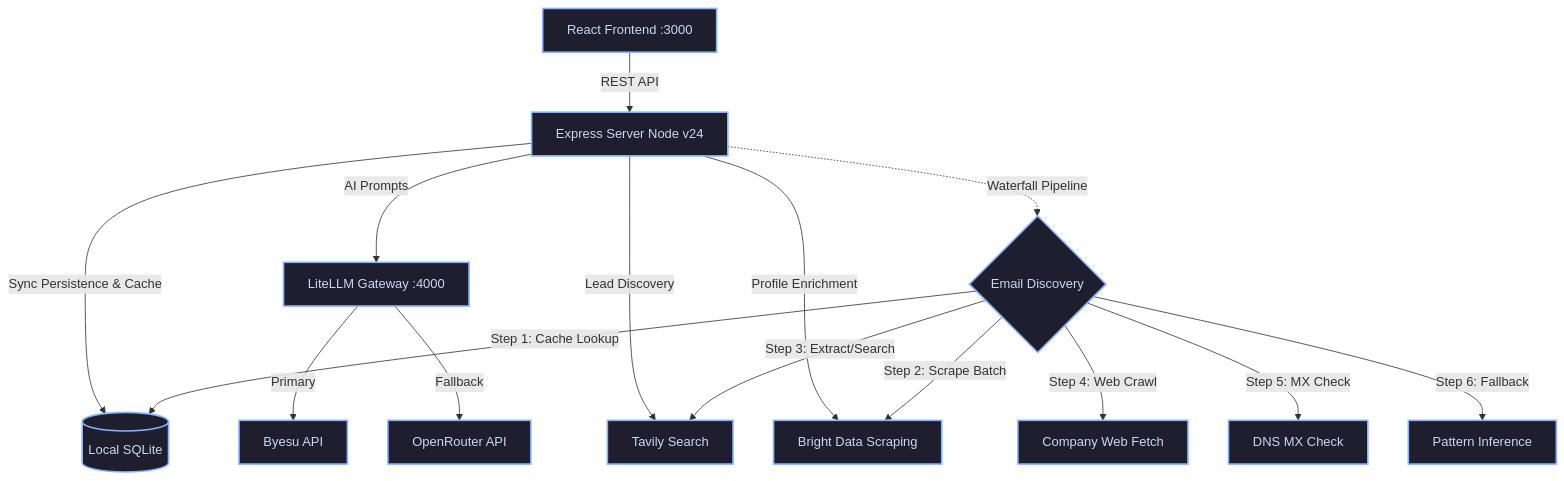
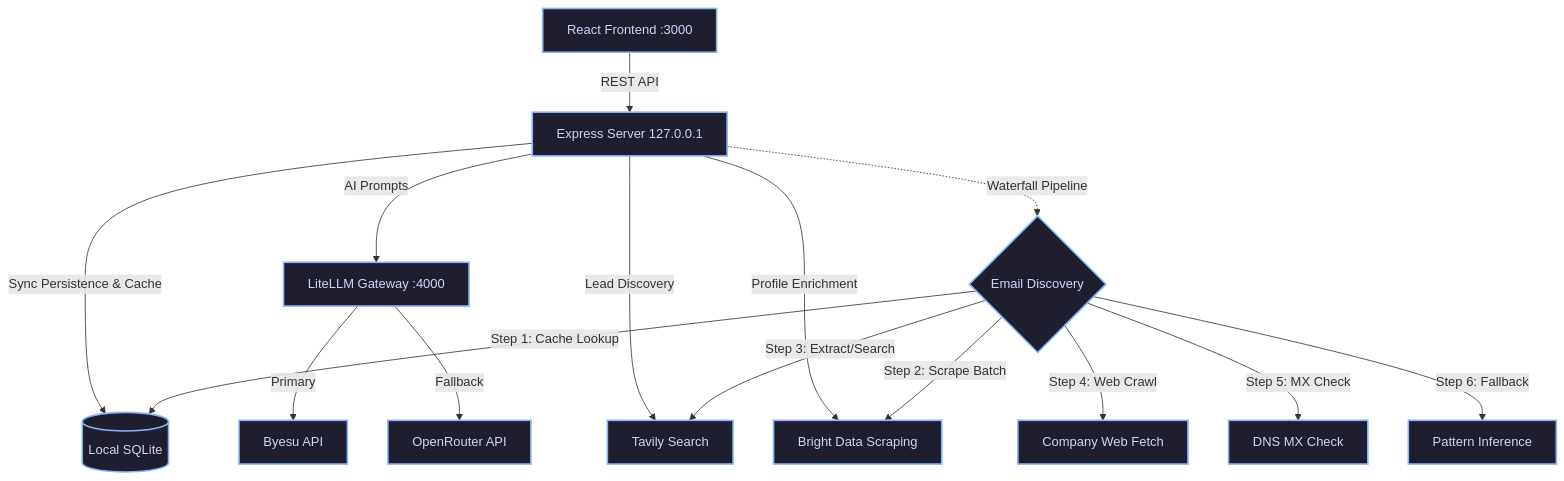
One commit to AliasHolmes/Apex-CRM changed the diagram in README.md. Above: the diagram before and after it, drawn with Mermaid. The commit also changed other lines of this file and 27 other files, not shown here.

````diff
--- a/README.md
+++ b/README.md
@@ -27,26 +27,26 @@
 ```mermaid
 graph TD
-    Client[React Frontend :3000] -->|REST API| Server[Express Server Node v24]
+    Client[React Frontend :3000] -->|REST API| Server[Express Server 127.0.0.1]
     Server -->|Sync Persistence & Cache| DB[(Local SQLite)]
     
     %% LLM Pathway
     Server -->|AI Prompts| LLM[LiteLLM Gateway :4000]
     LLM -->|Primary| Byesu[Byesu API]
     LLM -->|Fallback| OpenRouter[OpenRouter API]
 
     %% Search & Enrichment
     Server -->|Lead Discovery| Tavily[Tavily Search]
     Server -->|Profile Enrichment| BrightData[Bright Data Scraping]
 
     %% Email Discovery Pipeline
     Server -.->|Waterfall Pipeline| EmailDiscovery{Email Discovery}
     EmailDiscovery -->|Step 1: Cache Lookup| DB
     EmailDiscovery -->|Step 2: Scrape Batch| BrightData
     EmailDiscovery -->|Step 3: Extract/Search| Tavily
     EmailDiscovery -->|Step 4: Web Crawl| Crawl[Company Web Fetch]
     EmailDiscovery -->|Step 5: MX Check| DNS[DNS MX Check]
     EmailDiscovery -->|Step 6: Fallback| Pattern[Pattern Inference]
 
     classDef tech fill:#1e1e2e,stroke:#89b4fa,stroke-width:2px,color:#cdd6f4;
     class Client,Server,DB,LLM,Byesu,OpenRouter,Tavily,BrightData,EmailDiscovery,Crawl,DNS,Pattern tech;
 ```
````
